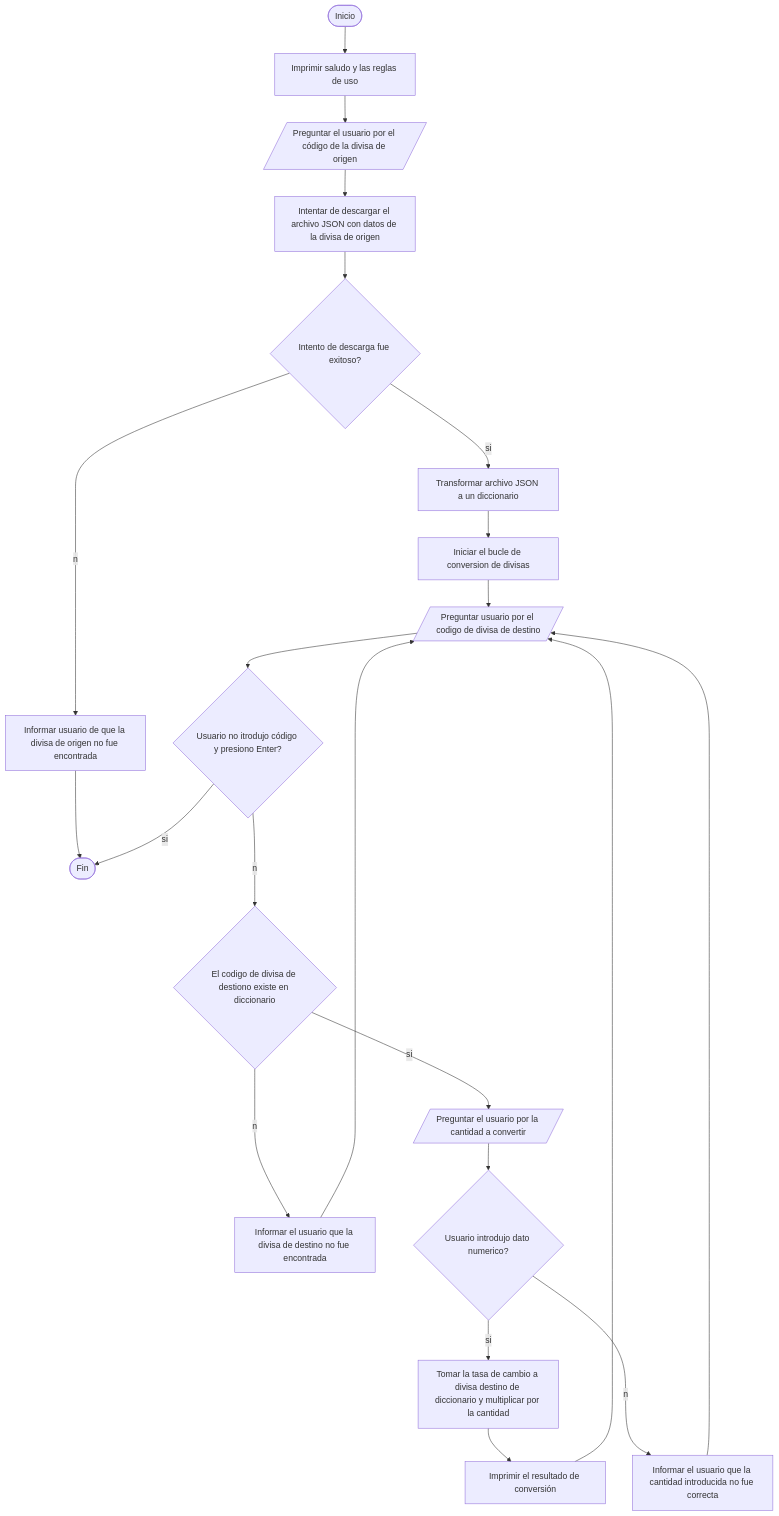
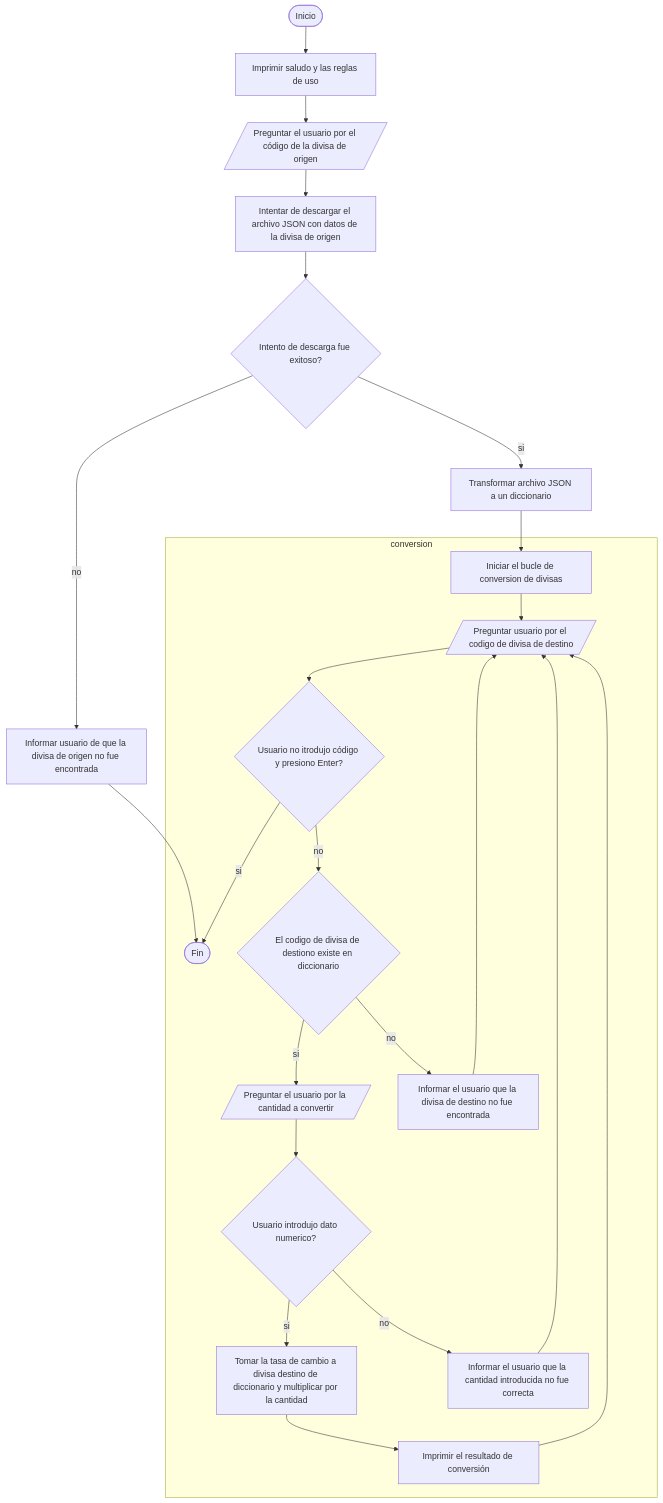
Before and after one commit to vshalisko/PythonIntro: the diagram in Unidad_2/Proyecto_Convertidor_divisas_algoritmo.mermaid, drawn with Mermaid.

```diff
--- a/Unidad_2/Proyecto_Convertidor_divisas_algoritmo.mermaid
+++ b/Unidad_2/Proyecto_Convertidor_divisas_algoritmo.mermaid
@@ -1,28 +1,31 @@
 flowchart TD
 
 A([Inicio]) --> B
 B[Imprimir saludo y las reglas de uso] --> C
 C[/Preguntar el usuario por el código de la divisa de origen/] --> D
 D[Intentar de descargar el archivo JSON con datos de la divisa de origen] --> E
-E{Intento de descarga fue exitoso?} --si--> F
-E --no--> G
+E{Intento de descarga fue exitoso?} -- si --> F
+E -- no --> G
 G[Informar usuario de que la divisa de origen no fue encontrada] --> Z
 
 F[Transformar archivo JSON a un diccionario] --> H
+
+subgraph conversion
 H[Iniciar el bucle de conversion de divisas] --> I
 I[/Preguntar usuario por el codigo de divisa de destino/] --> J
-J{Usuario no itrodujo código y presiono Enter?} --si--> Z
-J --no--> K
-K{El codigo de divisa de destiono existe en diccionario} --si--> L
-K --no--> M
+J{Usuario no itrodujo código y presiono Enter?} -- si --> Z
+J -- no --> K
+K{El codigo de divisa de destiono existe en diccionario} -- si --> L
+K -- no --> M
 M[Informar el usuario que la divisa de destino no fue encontrada] --> I
 
 L[/Preguntar el usuario por la cantidad a convertir/] --> N
-N{Usuario introdujo dato numerico?} --si--> O
-N --no--> P
+N{Usuario introdujo dato numerico?} -- si --> O
+N -- no --> P
 P[Informar el usuario que la cantidad introducida no fue correcta] --> I
 
 O[Tomar la tasa de cambio a divisa destino de diccionario y multiplicar por la cantidad] --> Q
 Q[Imprimir el resultado de conversión] --> I
+end
 
 Z([Fin])
```
